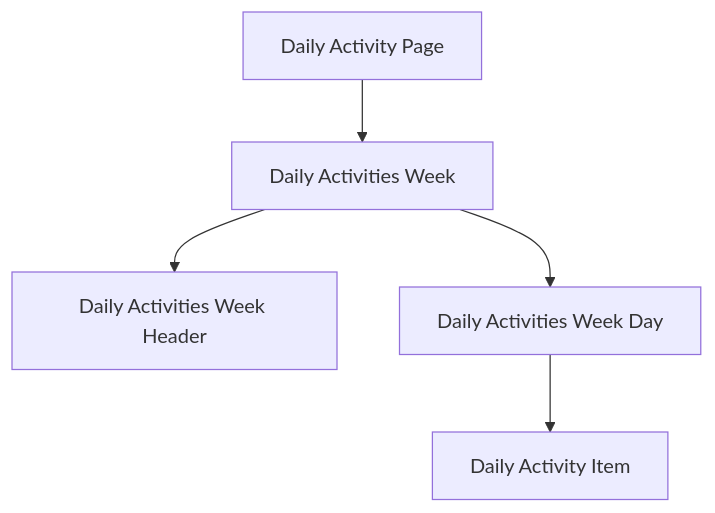
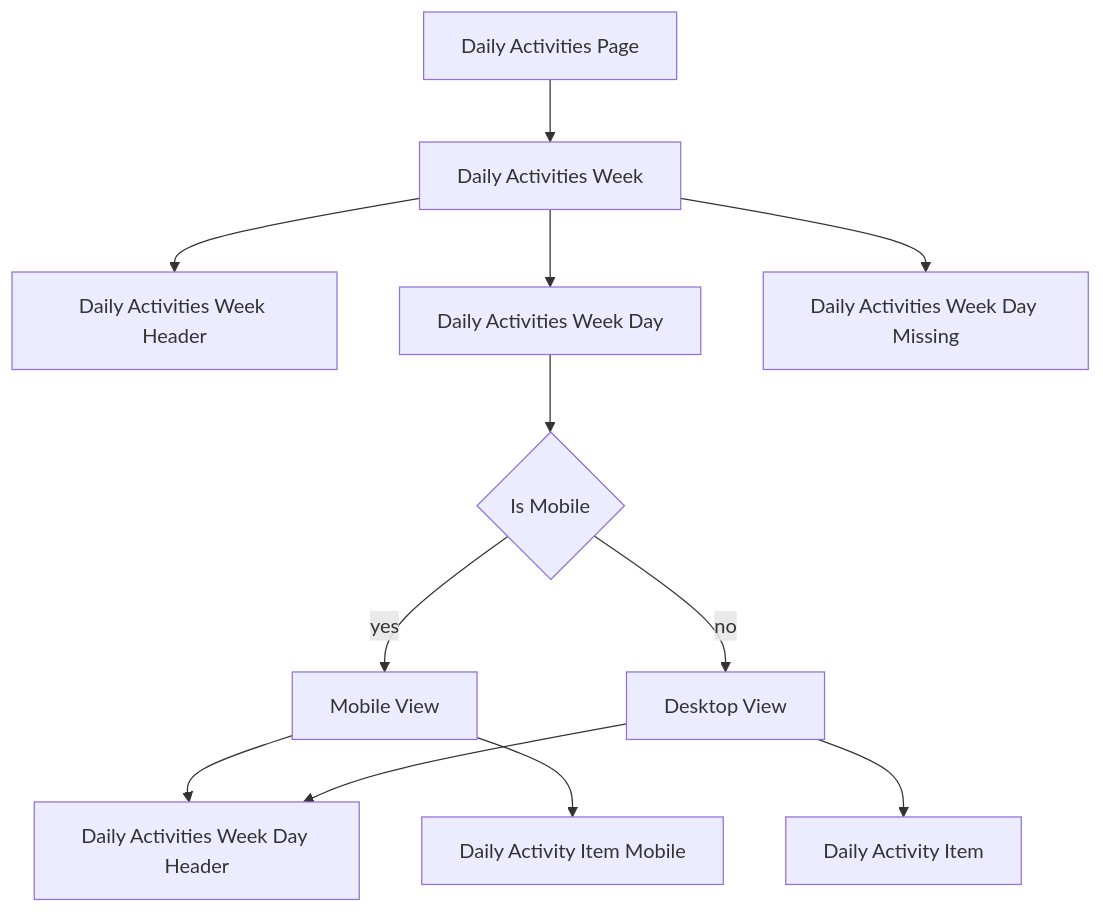
Before and after one commit to idenisovs/timesheet: the diagram in docs/views/daily_activity.md, drawn with Mermaid. The commit also changed other lines of this file, not shown here.

Commit message:
TST-60: Updates to the Daily Activities Page structure.

````diff
--- a/docs/views/daily_activity.md
+++ b/docs/views/daily_activity.md
@@ -5,13 +5,35 @@
 ```mermaid
 flowchart TD
-  DAP[Daily Activity Page]
+  DAP[Daily Activities Page]
   DAW[Daily Activities Week]
   DAWH[Daily Activities Week Header]
   DAWD[Daily Activities Week Day]
+  DAWDH[Daily Activities Week Day Header]
+  DAWDM[Daily Activities Week Day Missing]
+  
+  DAWDMW[Mobile View]
+  DAWDDW[Desktop View]
+  
+  
   DAI[Daily Activity Item]
+  DAIM[Daily Activity Item Mobile]
+  
+  IM{Is Mobile}
   
   DAP --> DAW
   DAW --> DAWH
   DAW --> DAWD
-  DAWD --> DAI
+  DAW --> DAWDM
+  
+  DAWD --> IM
+  
+  IM --"yes"--> DAWDMW
+  IM --"no"--> DAWDDW
+  
+  DAWDMW --> DAWDH
+  DAWDMW --> DAIM
+  
+  DAWDDW --> DAWDH
+  DAWDDW --> DAI
+  
 ```
````
